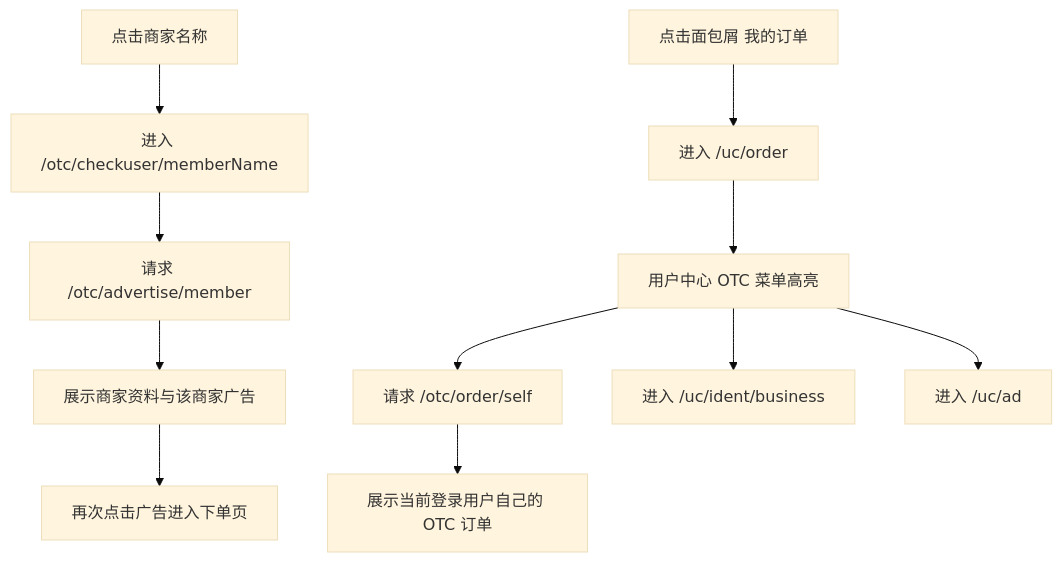
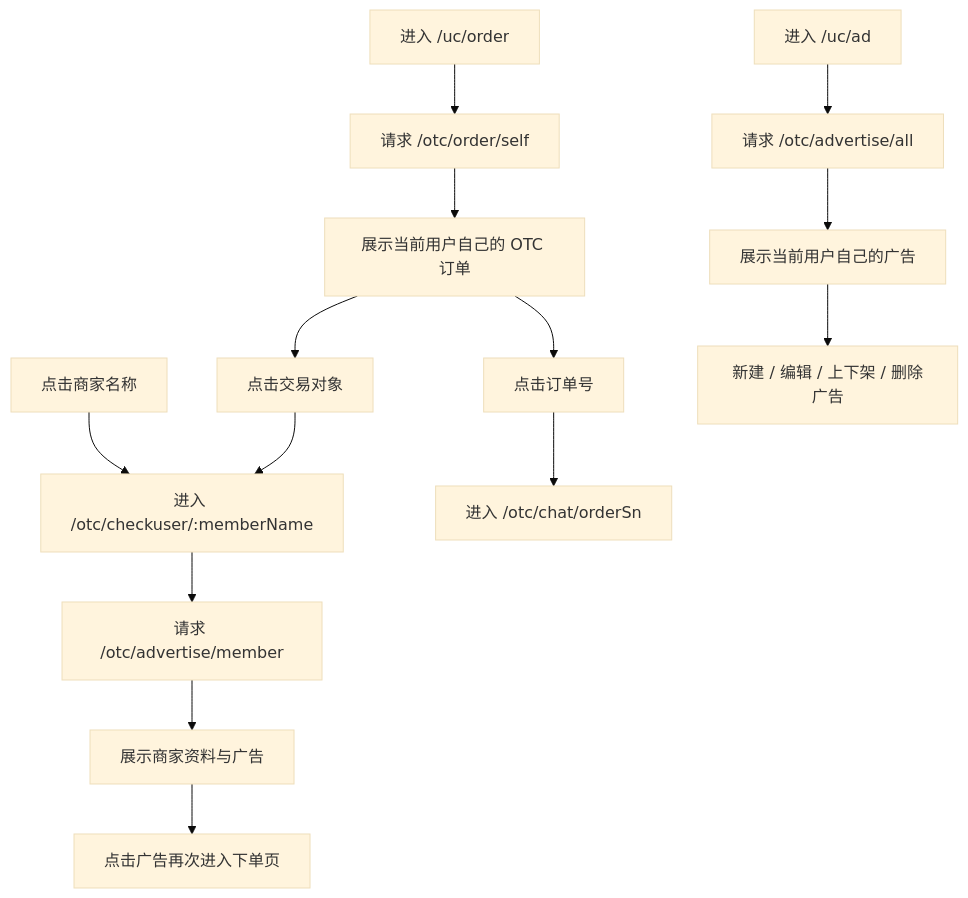
The fifth of 5 diagrams in OTC业务流程梳理.md (ethan2737/mscoin), drawn with Mermaid (base theme) before and after one commit. The commit also changed other lines of this file, not shown here.

````diff
--- a/OTC业务流程梳理.md
+++ b/OTC业务流程梳理.md
@@ -205,13 +267,18 @@
 ```mermaid
 flowchart TD
-    A[点击商家名称] --> B[进入 /otc/checkuser/memberName]
+    A[点击商家名称] --> B[进入 /otc/checkuser/:memberName]
     B --> C[请求 /otc/advertise/member]
-    C --> D[展示商家资料与该商家广告]
-    D --> E[再次点击广告进入下单页]
-    A2[点击面包屑 我的订单] --> B2[进入 /uc/order]
-    B2 --> C2[用户中心 OTC 菜单高亮]
-    C2 --> D2[请求 /otc/order/self]
-    D2 --> E2[展示当前登录用户自己的 OTC 订单]
-    C2 --> F2[进入 /uc/ident/business]
-    C2 --> G2[进入 /uc/ad]
+    C --> D[展示商家资料与广告]
+    D --> E[点击广告再次进入下单页]
+
+    F[进入 /uc/order] --> G[请求 /otc/order/self]
+    G --> H[展示当前用户自己的 OTC 订单]
+    H --> I[点击订单号]
+    I --> J[进入 /otc/chat/orderSn]
+    H --> K[点击交易对象]
+    K --> B
+
+    L[进入 /uc/ad] --> M[请求 /otc/advertise/all]
+    M --> N[展示当前用户自己的广告]
+    N --> O[新建 / 编辑 / 上下架 / 删除广告]
 ```
````
